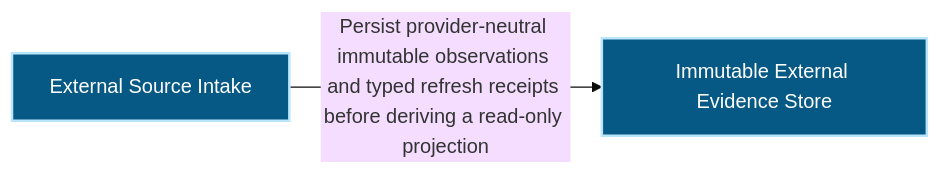
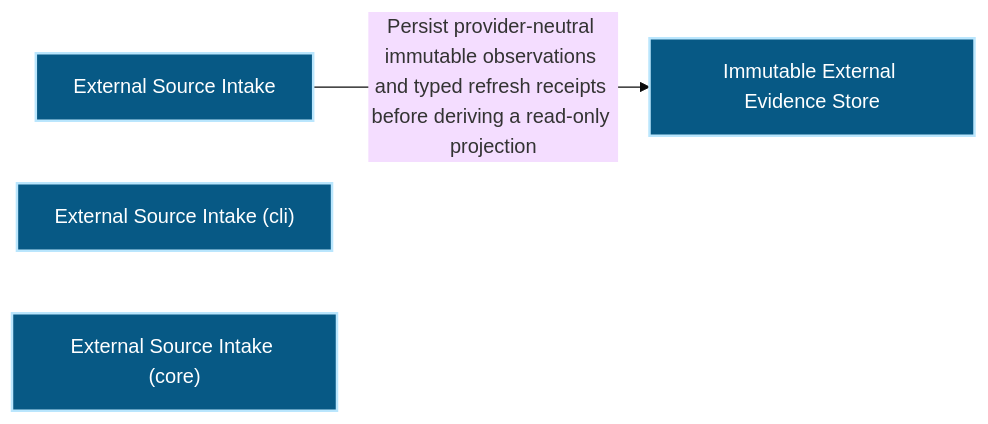
One commit to Ancienttwo/repo-harness changed the first of 2 diagrams in docs/architecture/modules/runtime-harness/external-source-intake.md. Above: the diagram before and after it, drawn with Mermaid (base theme). The commit also changed other lines of this file and 32 other files, not shown here.

First line of the commit message:
chore(projection): refresh generated architecture outputs for main@4c37d26d25c7

````diff
--- a/docs/architecture/modules/runtime-harness/external-source-intake.md
+++ b/docs/architecture/modules/runtime-harness/external-source-intake.md
@@ -16,10 +16,12 @@
 ```mermaid
 flowchart LR
   p1_capability_runtime_harness_external_source_intake_ef285aa9["External Source Intake"]:::component
+  p1_component_external_source_intake_cli_layer_6389d940["External Source Intake (cli)"]:::component
+  p1_component_external_source_intake_core_layer_524115c6["External Source Intake (core)"]:::component
   p1_component_external_source_intake_immutable_evidence_2a2cb77f["Immutable External Evidence Store"]:::component
   p1_capability_runtime_harness_external_source_intake_ef285aa9 -->|"Persist provider-neutral immutable observations and typed refresh receipts before deriving a read-only projection"| p1_component_external_source_intake_immutable_evidence_2a2cb77f
   classDef actor fill:#111827,color:#ffffff,stroke:#f9fafb,stroke-width:2px
   classDef component fill:#075985,color:#ffffff,stroke:#bae6fd,stroke-width:2px
   classDef datastore fill:#3f6212,color:#ffffff,stroke:#d9f99d,stroke-width:2px
   classDef external fill:#7c2d12,color:#ffffff,stroke:#fed7aa,stroke-width:2px
 ```
````
